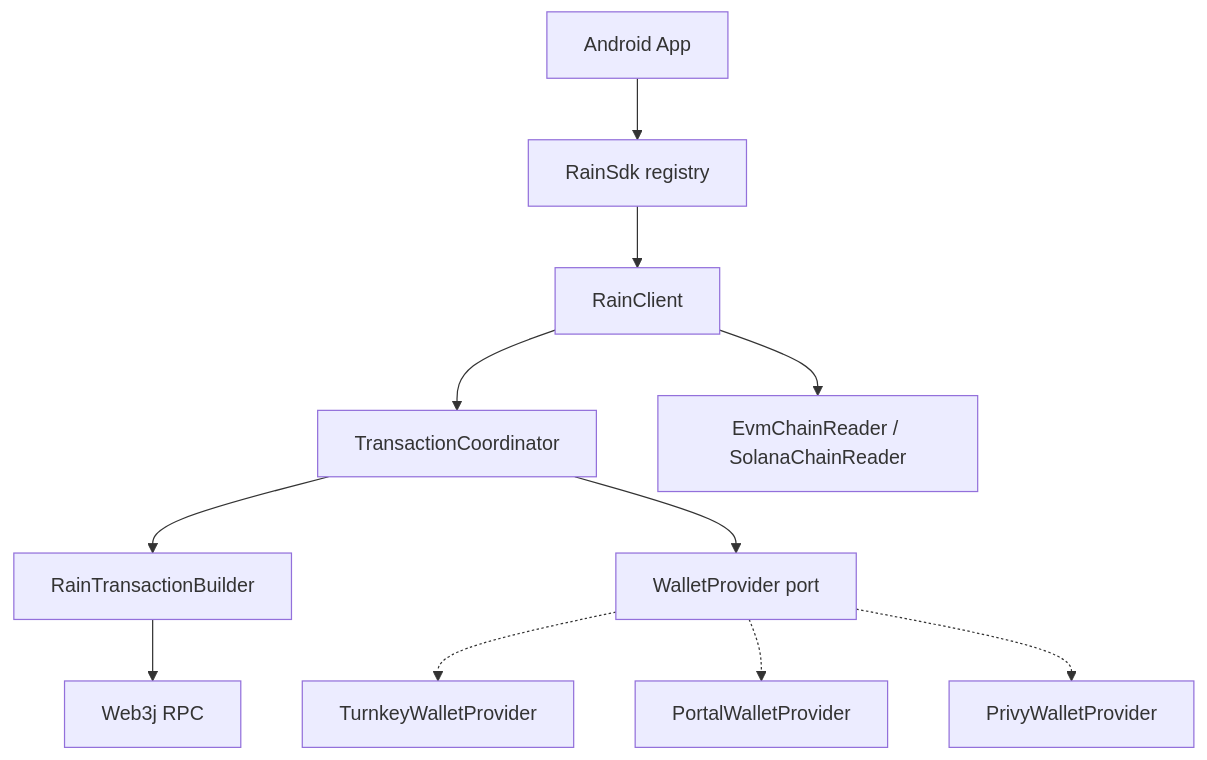
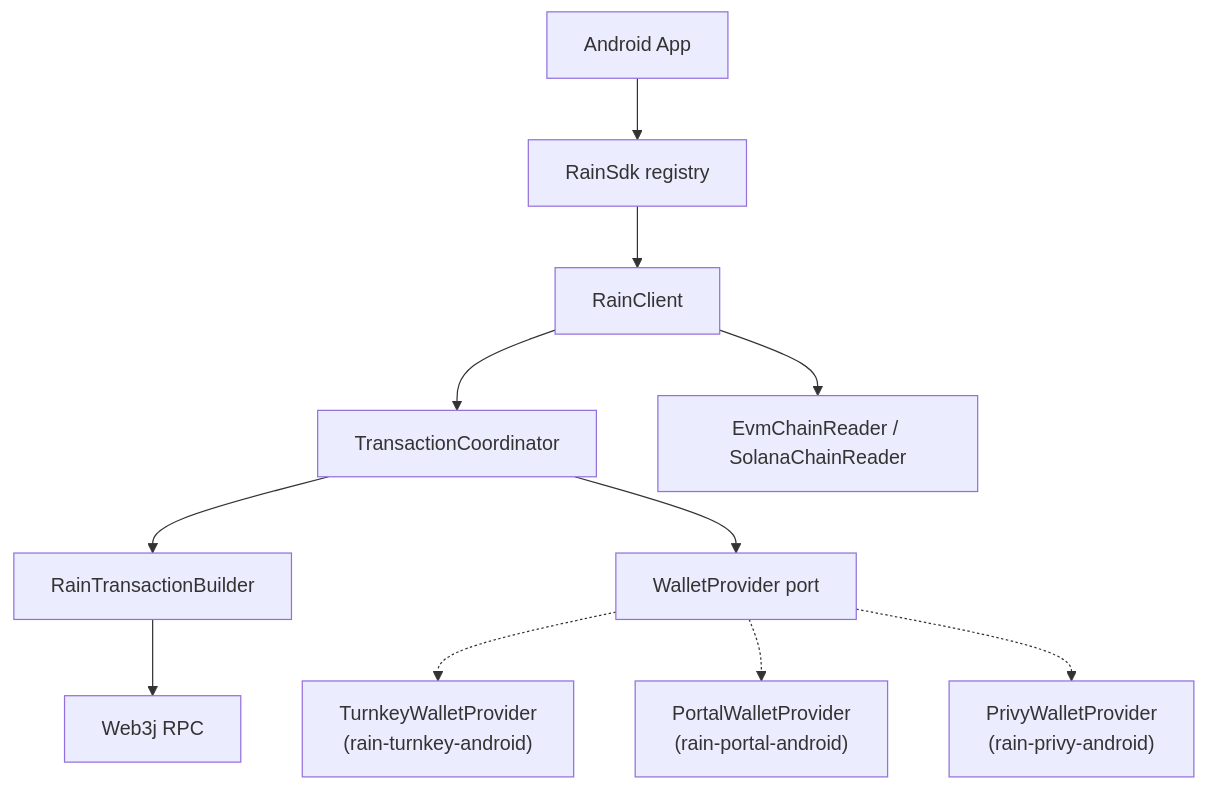
One commit to SignifyHQ/rain-sdk-android changed the diagram in rain-core-android/README.md. Above: the diagram before and after it, drawn with Mermaid. The commit also changed other lines of this file and 19 other files, not shown here.

````diff
--- a/rain-core-android/README.md
+++ b/rain-core-android/README.md
@@ -41,13 +37,13 @@
 ```mermaid
 graph TD
     App[Android App] --> RainSdk[RainSdk registry]
     RainSdk --> RainClient[RainClient]
     RainClient --> Coord[TransactionCoordinator]
     Coord --> Builder[RainTransactionBuilder]
     Coord --> Port[WalletProvider port]
-    Port -.-> Turnkey[TurnkeyWalletProvider]
-    Port -.-> Portal[PortalWalletProvider]
-    Port -.-> Privy[PrivyWalletProvider]
+    Port -.-> Turnkey["TurnkeyWalletProvider<br/>(rain-turnkey-android)"]
+    Port -.-> Portal["PortalWalletProvider<br/>(rain-portal-android)"]
+    Port -.-> Privy["PrivyWalletProvider<br/>(rain-privy-android)"]
     Builder --> Web3j[Web3j RPC]
     RainClient --> Readers[EvmChainReader / SolanaChainReader]
 ```
````
